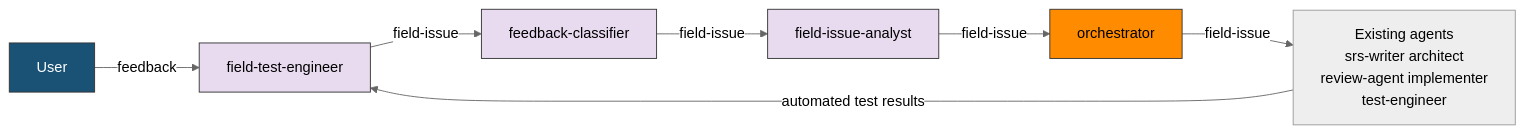
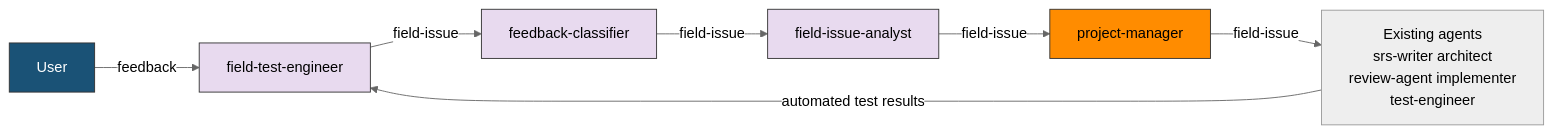
Before and after one commit to GoodRelax/gr-sw-maker: the second of 4 diagrams in framework-src/en/process-rules/agent-list.md, drawn with Mermaid (neutral theme). The commit also changed other lines of this file and 73 other files, not shown here.

````diff
--- a/framework-src/en/process-rules/agent-list.md
+++ b/framework-src/en/process-rules/agent-list.md
@@ -318,15 +318,15 @@
 ```mermaid
 flowchart LR
     User["User"] -->|"feedback"| FTE["field-test-engineer"]
     FTE -->|"field-issue"| FC["feedback-classifier"]
     FC -->|"field-issue"| FIA["field-issue-analyst"]
-    FIA -->|"field-issue"| Orch["orchestrator"]
+    FIA -->|"field-issue"| Orch["project-manager"]
     Orch -->|"field-issue"| Existing["Existing agents<br/>srs-writer architect<br/>review-agent implementer<br/>test-engineer"]
     Existing -->|"automated test results"| FTE
 
     style FTE fill:#E8DAEF,stroke:#333,color:#000
     style FC fill:#E8DAEF,stroke:#333,color:#000
     style FIA fill:#E8DAEF,stroke:#333,color:#000
     style Orch fill:#FF8C00,stroke:#333,color:#000
     style User fill:#1a5276,stroke:#333,color:#fff
 ```
````
